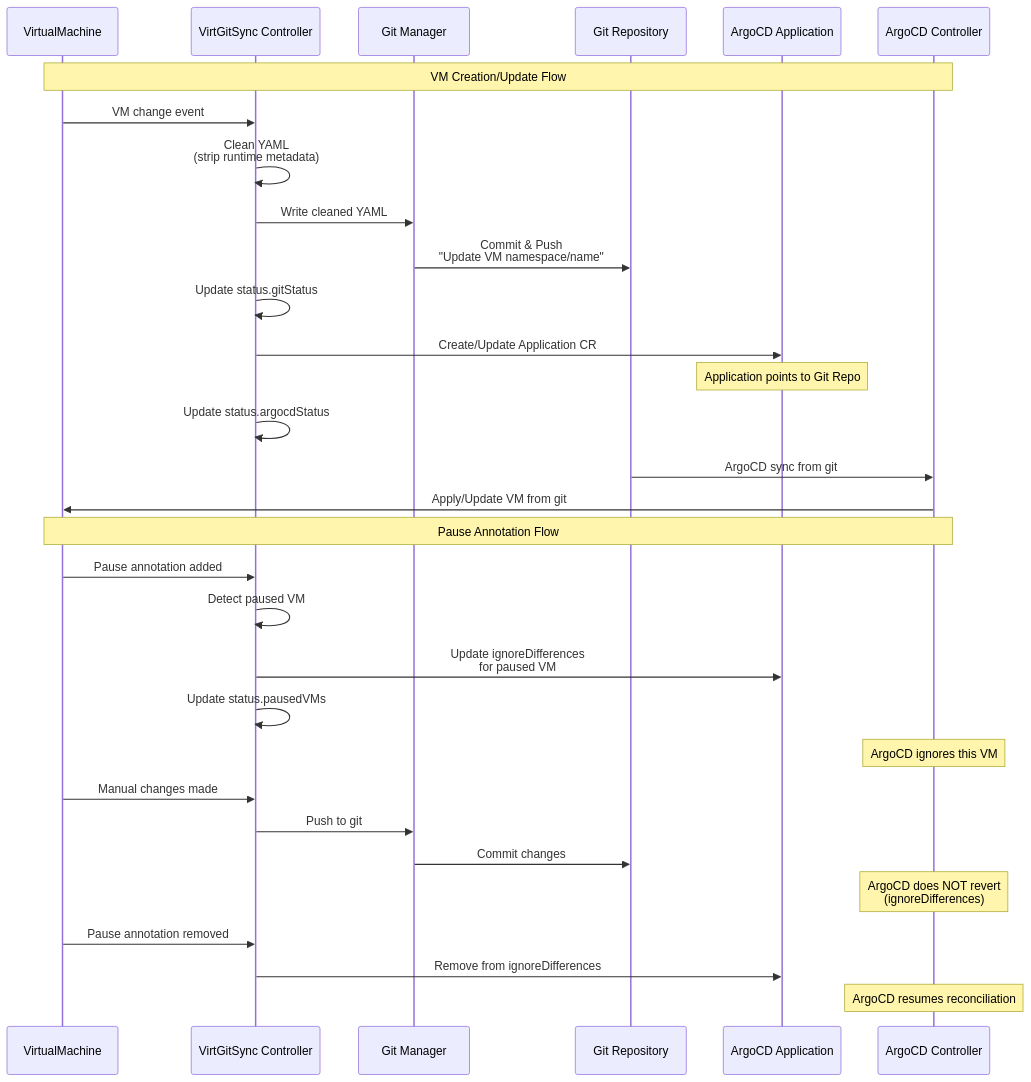
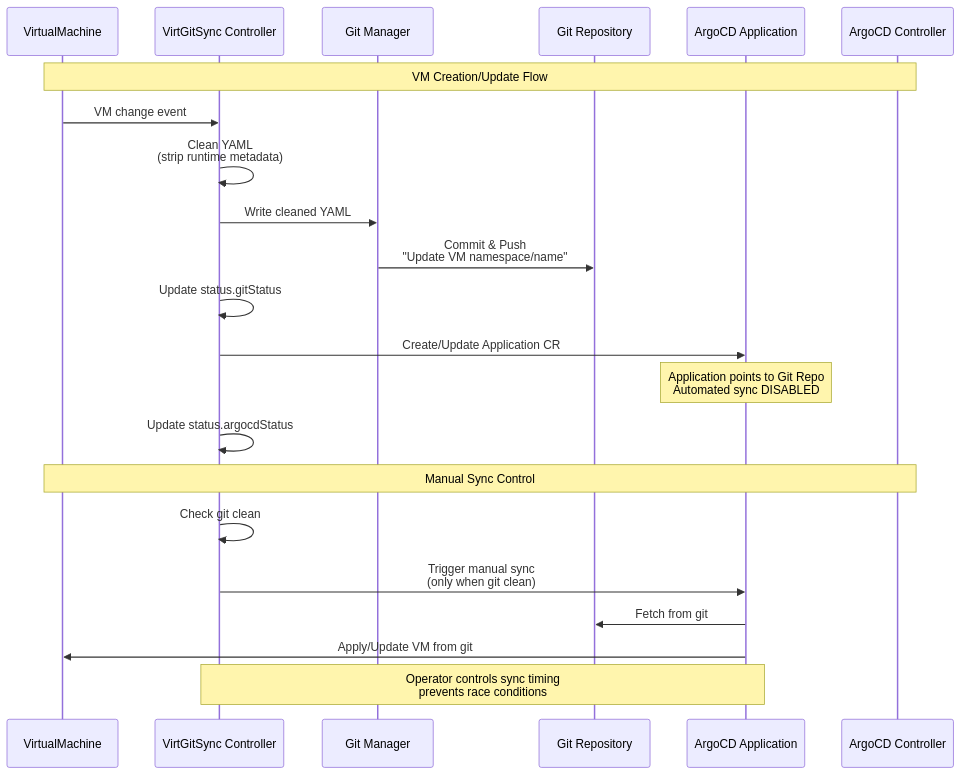
Before and after one commit to mathianasj/virt-git-sync: the second of 4 diagrams in docs/architecture.md, drawn with Mermaid. The commit also changed other lines of this file and 8 other files, not shown here.

First line of the commit message:
Remove pause annotation functionality

````diff
--- a/docs/architecture.md
+++ b/docs/architecture.md
@@ -52,44 +52,30 @@
 ```mermaid
 sequenceDiagram
     participant VM as VirtualMachine
     participant Ctrl as VirtGitSync Controller
     participant Git as Git Manager
     participant Repo as Git Repository
     participant Argo as ArgoCD Application
     participant AC as ArgoCD Controller
     
     Note over VM,AC: VM Creation/Update Flow
     
     VM->>Ctrl: VM change event
     Ctrl->>Ctrl: Clean YAML<br/>(strip runtime metadata)
     Ctrl->>Git: Write cleaned YAML
     Git->>Repo: Commit & Push<br/>"Update VM namespace/name"
     Ctrl->>Ctrl: Update status.gitStatus
     
     Ctrl->>Argo: Create/Update Application CR
-    Note over Argo: Application points to Git Repo
+    Note over Argo: Application points to Git Repo<br/>Automated sync DISABLED
     Ctrl->>Ctrl: Update status.argocdStatus
     
-    Repo->>AC: ArgoCD sync from git
-    AC->>VM: Apply/Update VM from git
+    Note over VM,AC: Manual Sync Control
     
-    Note over VM,AC: Pause Annotation Flow
+    Ctrl->>Ctrl: Check git clean
+    Ctrl->>Argo: Trigger manual sync<br/>(only when git clean)
+    Argo->>Repo: Fetch from git
+    Argo->>VM: Apply/Update VM from git
     
-    VM->>Ctrl: Pause annotation added
-    Ctrl->>Ctrl: Detect paused VM
-    Ctrl->>Argo: Update ignoreDifferences<br/>for paused VM
-    Ctrl->>Ctrl: Update status.pausedVMs
-    
-    Note over AC: ArgoCD ignores this VM
-    
-    VM->>Ctrl: Manual changes made
-    Ctrl->>Git: Push to git
-    Git->>Repo: Commit changes
-    
-    Note over AC: ArgoCD does NOT revert<br/>(ignoreDifferences)
-    
-    VM->>Ctrl: Pause annotation removed
-    Ctrl->>Argo: Remove from ignoreDifferences
-    
-    Note over AC: ArgoCD resumes reconciliation
+    Note over Ctrl,Argo: Operator controls sync timing<br/>prevents race conditions
 ```
````
